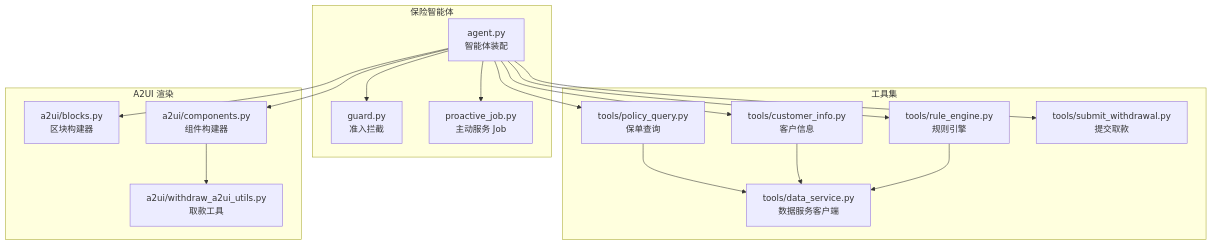
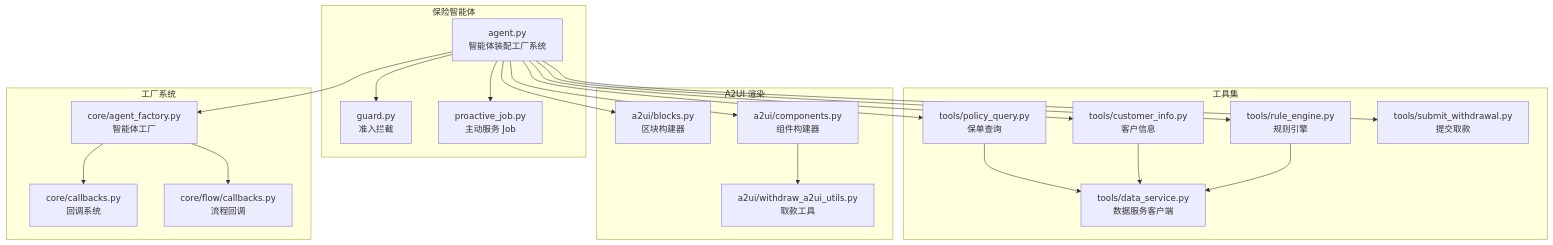
Before and after one commit to YU-JI-KUI/ark-agentic: the first of 11 diagrams in repowiki/zh/content/智能体实现/保险智能体/保险智能体.md, drawn with Mermaid. The commit also changed other lines of this file and 12 other files, not shown here.

````diff
--- a/repowiki/zh/content/智能体实现/保险智能体/保险智能体.md
+++ b/repowiki/zh/content/智能体实现/保险智能体/保险智能体.md
@@ -43,32 +57,40 @@
 ```mermaid
 graph TB
 subgraph "保险智能体"
-A["agent.py<br/>智能体装配"]
+A["agent.py<br/>智能体装配工厂系统"]
 G["guard.py<br/>准入拦截"]
 PJ["proactive_job.py<br/>主动服务 Job"]
 end
 subgraph "工具集"
 T1["tools/policy_query.py<br/>保单查询"]
 T2["tools/customer_info.py<br/>客户信息"]
 T3["tools/rule_engine.py<br/>规则引擎"]
 T4["tools/submit_withdrawal.py<br/>提交取款"]
 DS["tools/data_service.py<br/>数据服务客户端"]
 end
 subgraph "A2UI 渲染"
 B["a2ui/blocks.py<br/>区块构建器"]
 C["a2ui/components.py<br/>组件构建器"]
 U["a2ui/withdraw_a2ui_utils.py<br/>取款工具"]
 end
+subgraph "工厂系统"
+AF["core/agent_factory.py<br/>智能体工厂"]
+CB["core/callbacks.py<br/>回调系统"]
+FC["core/flow/callbacks.py<br/>流程回调"]
+end
 A --> T1
 A --> T2
 A --> T3
 A --> T4
 T1 --> DS
 T2 --> DS
 T3 --> DS
 A --> B
 A --> C
 C --> U
 A --> G
 A --> PJ
+A --> AF
+AF --> CB
+AF --> FC
 ```
````
